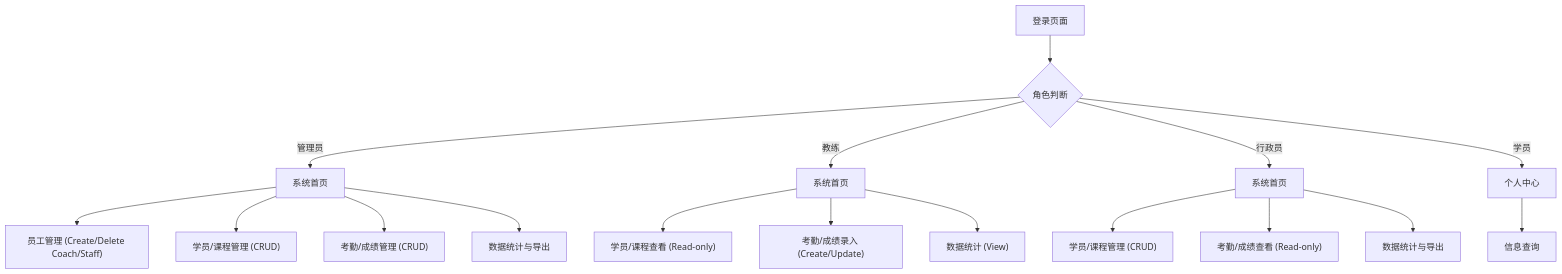
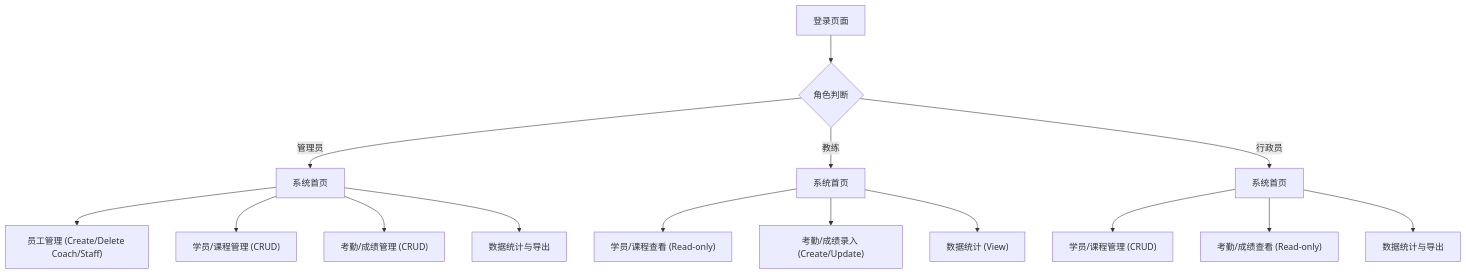
The diagram in .trae/documents/体育学员管理系统产品需求文档.md (SnowballXueQiu/athlete--management-system), drawn with Mermaid before and after one commit. The commit also changed other lines of this file and 4 other files, not shown here.

````diff
--- a/.trae/documents/体育学员管理系统产品需求文档.md
+++ b/.trae/documents/体育学员管理系统产品需求文档.md
@@ -81,23 +81,20 @@
 ```mermaid
 graph TD
     A[登录页面] --> B{角色判断}
     B -->|管理员| C[系统首页]
     B -->|教练| D[系统首页]
     B -->|行政员| E[系统首页]
-    B -->|学员| F[个人中心]
     
     C --> P["员工管理 (Create/Delete Coach/Staff)"]
     C --> G["学员/课程管理 (CRUD)"]
     C --> H["考勤/成绩管理 (CRUD)"]
     C --> I[数据统计与导出]
     
     D --> J["学员/课程查看 (Read-only)"]
     D --> K["考勤/成绩录入 (Create/Update)"]
     D --> L["数据统计 (View)"]
     
     E --> M["学员/课程管理 (CRUD)"]
     E --> N["考勤/成绩查看 (Read-only)"]
     E --> O[数据统计与导出]
-    
-    F --> Q[信息查询]
 ```
````
